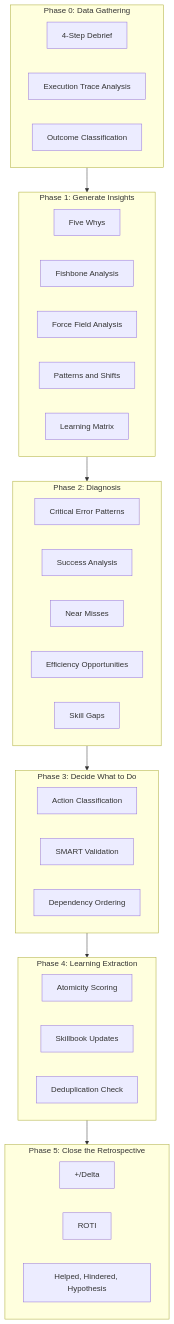
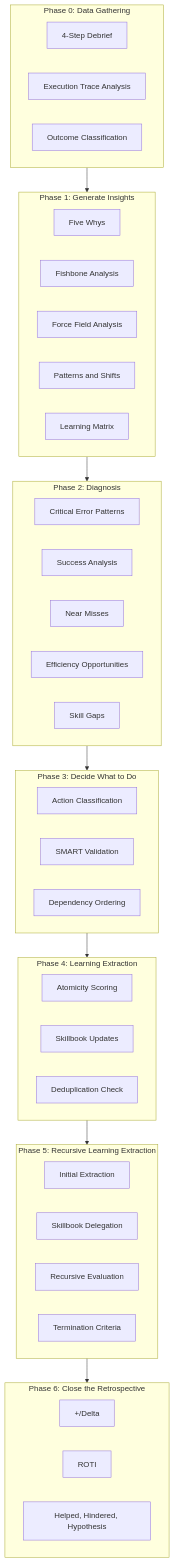
The first of 2 diagrams in .github/agents/retrospective.agent.md (rjmurillo/ai-agents), drawn with Mermaid before and after one commit. The commit also changed other lines of this file and 19 other files, not shown here.

````diff
--- a/.github/agents/retrospective.agent.md
+++ b/.github/agents/retrospective.agent.md
@@ -53,44 +53,51 @@
 ```mermaid
 flowchart TB
     subgraph P0["Phase 0: Data Gathering"]
         P0A[4-Step Debrief]
         P0B[Execution Trace Analysis]
         P0C[Outcome Classification]
     end
 
     subgraph P1["Phase 1: Generate Insights"]
         P1A[Five Whys]
         P1B[Fishbone Analysis]
         P1C[Force Field Analysis]
         P1D[Patterns and Shifts]
         P1E[Learning Matrix]
     end
 
     subgraph P2["Phase 2: Diagnosis"]
         P2A[Critical Error Patterns]
         P2B[Success Analysis]
         P2C[Near Misses]
         P2D[Efficiency Opportunities]
         P2E[Skill Gaps]
     end
 
     subgraph P3["Phase 3: Decide What to Do"]
         P3A[Action Classification]
         P3B[SMART Validation]
         P3C[Dependency Ordering]
     end
 
     subgraph P4["Phase 4: Learning Extraction"]
         P4A[Atomicity Scoring]
         P4B[Skillbook Updates]
         P4C[Deduplication Check]
     end
 
-    subgraph P5["Phase 5: Close the Retrospective"]
-        P5A[+/Delta]
-        P5B[ROTI]
-        P5C[Helped, Hindered, Hypothesis]
+    subgraph P5["Phase 5: Recursive Learning Extraction"]
+        P5A[Initial Extraction]
+        P5B[Skillbook Delegation]
+        P5C[Recursive Evaluation]
+        P5D[Termination Criteria]
     end
 
-    P0 --> P1 --> P2 --> P3 --> P4 --> P5
+    subgraph P6["Phase 6: Close the Retrospective"]
+        P6A[+/Delta]
+        P6B[ROTI]
+        P6C[Helped, Hindered, Hypothesis]
+    end
+
+    P0 --> P1 --> P2 --> P3 --> P4 --> P5 --> P6
 ```
````
